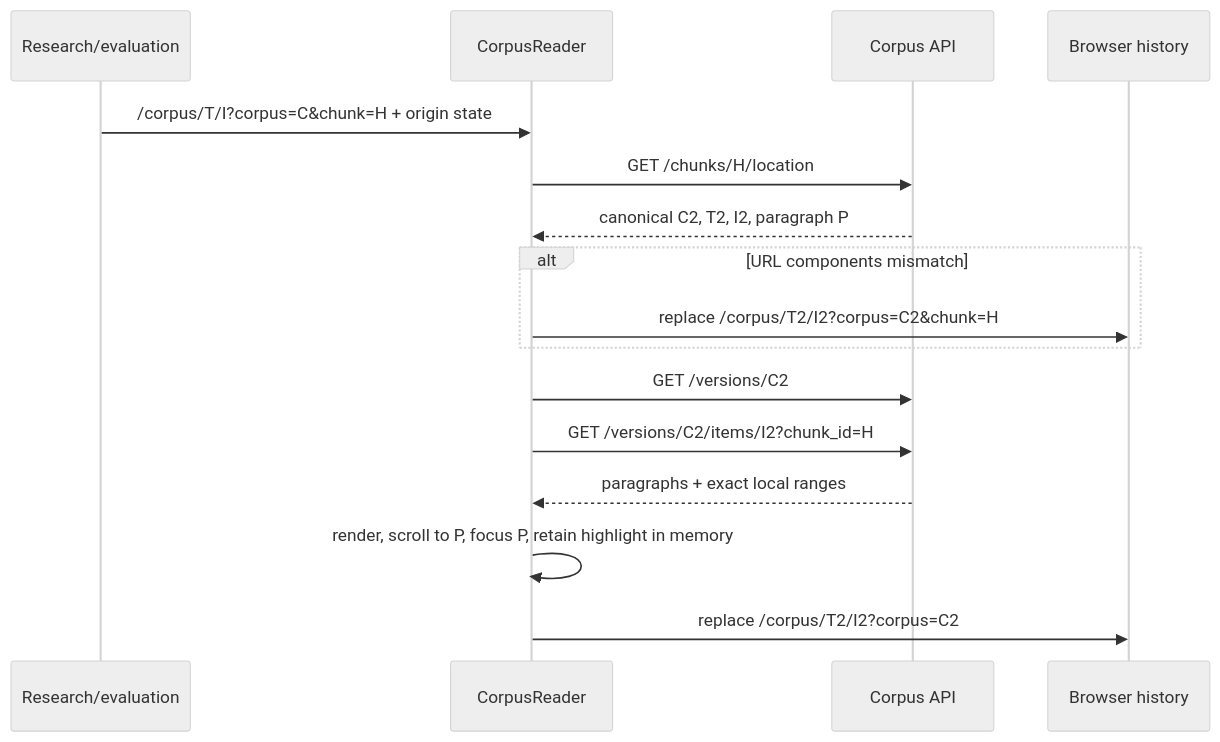
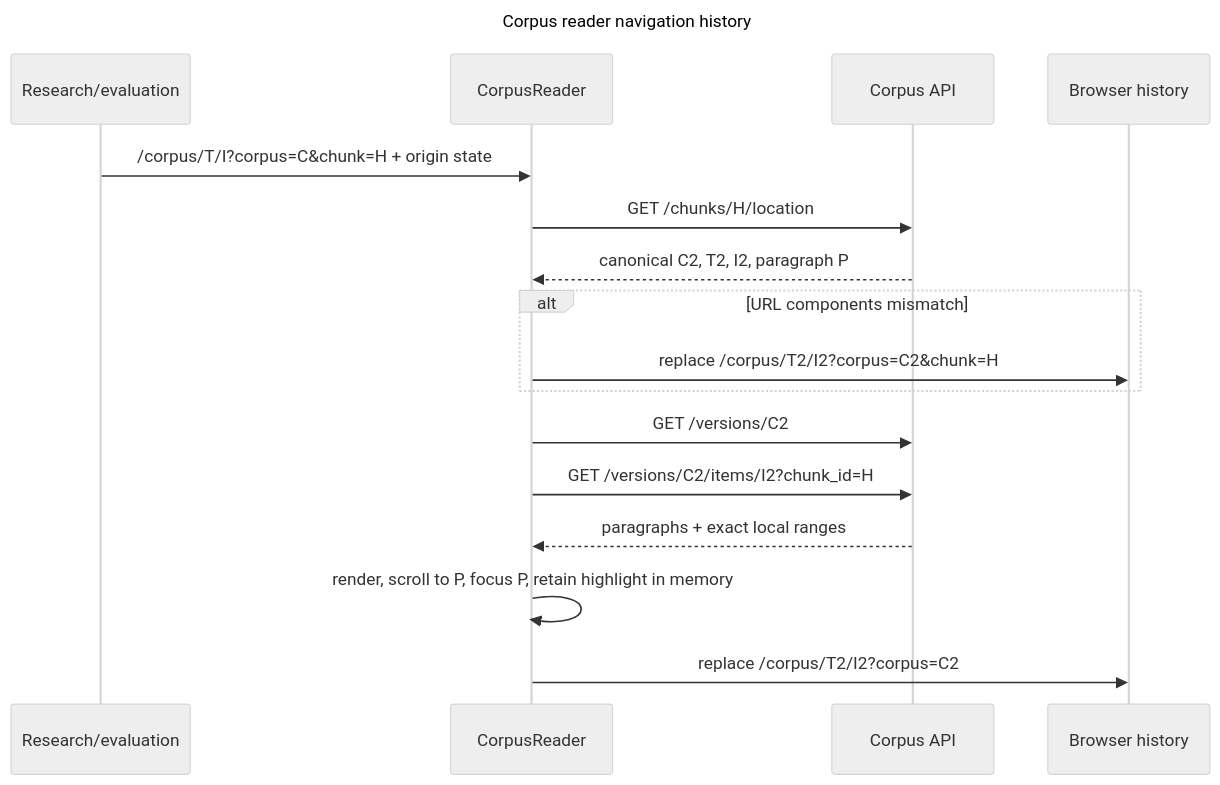
Before and after one commit to hongchit/sec-filing-rag-poc: the third of 4 diagrams in docs/corpus-reader.md, drawn with Mermaid (neutral theme). The commit also changed other lines of this file and 43 other files, not shown here.

````diff
--- a/docs/corpus-reader.md
+++ b/docs/corpus-reader.md
@@ -135,18 +141,21 @@
 ```mermaid
+---
+title: Corpus reader navigation history
+---
 sequenceDiagram
   participant Source as Research/evaluation
   participant UI as CorpusReader
   participant API as Corpus API
   participant History as Browser history
   Source->>UI: /corpus/T/I?corpus=C&chunk=H + origin state
   UI->>API: GET /chunks/H/location
   API-->>UI: canonical C2, T2, I2, paragraph P
   alt URL components mismatch
     UI->>History: replace /corpus/T2/I2?corpus=C2&chunk=H
   end
   UI->>API: GET /versions/C2
   UI->>API: GET /versions/C2/items/I2?chunk_id=H
   API-->>UI: paragraphs + exact local ranges
   UI->>UI: render, scroll to P, focus P, retain highlight in memory
   UI->>History: replace /corpus/T2/I2?corpus=C2#p-P
 ```
````
